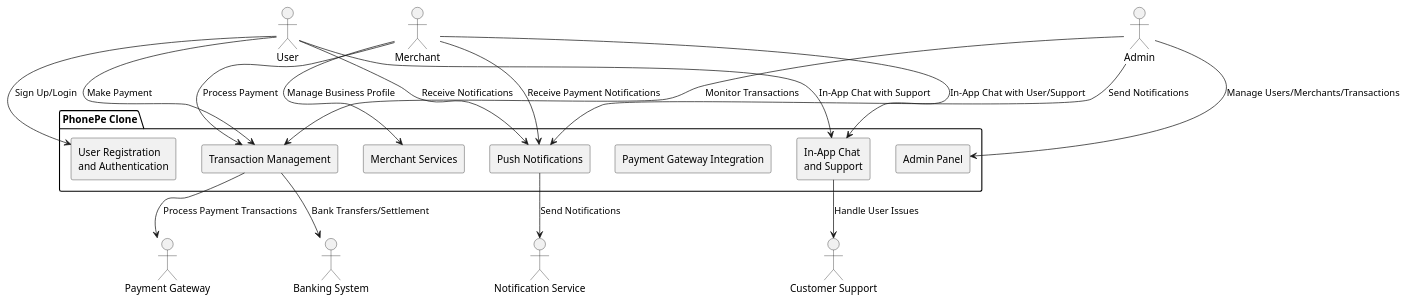
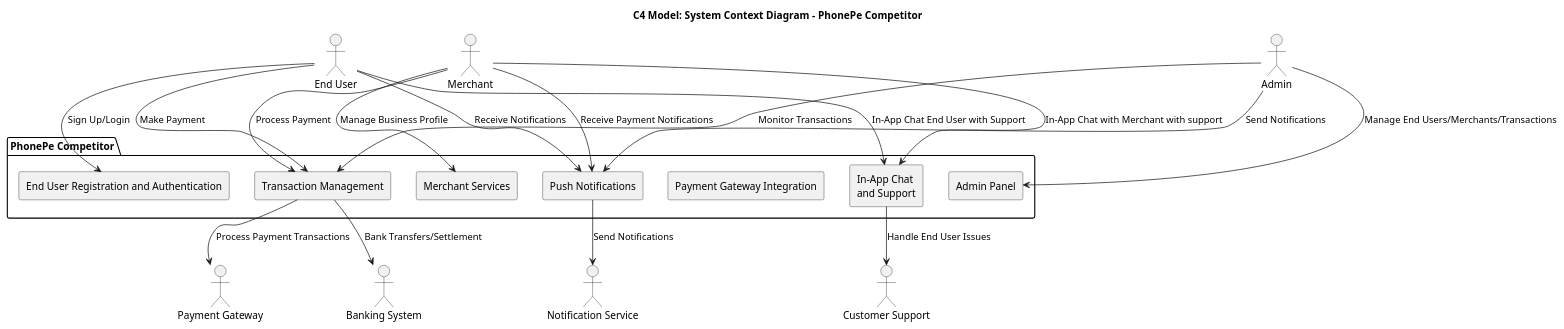
The first of 8 diagrams in Assignment2/Architecture.md (IIITLucknowSWEngg/CSITTeam014), drawn with PlantUML before and after one commit. The commit also changed other lines of this file, not shown here.

````diff
--- a/Assignment2/Architecture.md
+++ b/Assignment2/Architecture.md
@@ -5,48 +6,49 @@
 ```plantuml
 @startuml
+   title C4 Model: System Context Diagram - PhonePe Competitor
 
     ' External Actors
-    actor "User" as User
+    actor "End User" as User
     actor "Merchant" as Merchant
     actor "Admin" as Admin
     actor "Payment Gateway" as PaymentGateway
     actor "Notification Service" as NotificationService
     actor "Customer Support" as CustomerSupport
     actor "Banking System" as BankingSystem
 
     ' System Boundary: PhonePe Clone
-    package "PhonePe Clone" {
+    package "PhonePe Competitor" {
 
         ' Subsystems
-        rectangle "User Registration \nand Authentication" as Registration
+        rectangle "End User Registration and Authentication" as Registration
         rectangle "Transaction Management" as TransactionManagement
         rectangle "Payment Gateway Integration" as PaymentGatewayIntegration
         rectangle "Merchant Services" as MerchantServices
         rectangle "Push Notifications" as PushNotifications
         rectangle "In-App Chat \nand Support" as ChatSupport
         rectangle "Admin Panel" as AdminPanel
     }
 
     ' Relationships between actors and system components
     User --> Registration : Sign Up/Login
     User --> TransactionManagement : Make Payment
     User --> PushNotifications : Receive Notifications
-    User --> ChatSupport : In-App Chat with Support
+    User --> ChatSupport : In-App Chat End User with Support
 
     Merchant --> TransactionManagement : Process Payment
     Merchant --> MerchantServices : Manage Business Profile
     Merchant --> PushNotifications : Receive Payment Notifications
-    Merchant --> ChatSupport : In-App Chat with User/Support
+    Merchant --> ChatSupport : In-App Chat with Merchant with support
 
-    Admin --> AdminPanel : Manage Users/Merchants/Transactions
+    Admin --> AdminPanel : Manage End Users/Merchants/Transactions
     Admin --> TransactionManagement : Monitor Transactions
     Admin --> PushNotifications : Send Notifications
 
     ' External Interactions
     TransactionManagement --> PaymentGateway : Process Payment Transactions
     PushNotifications --> NotificationService : Send Notifications
-    ChatSupport --> CustomerSupport : Handle User Issues
+    ChatSupport --> CustomerSupport : Handle End User Issues
     TransactionManagement --> BankingSystem : Bank Transfers/Settlement
 
 @enduml
 ```
````
